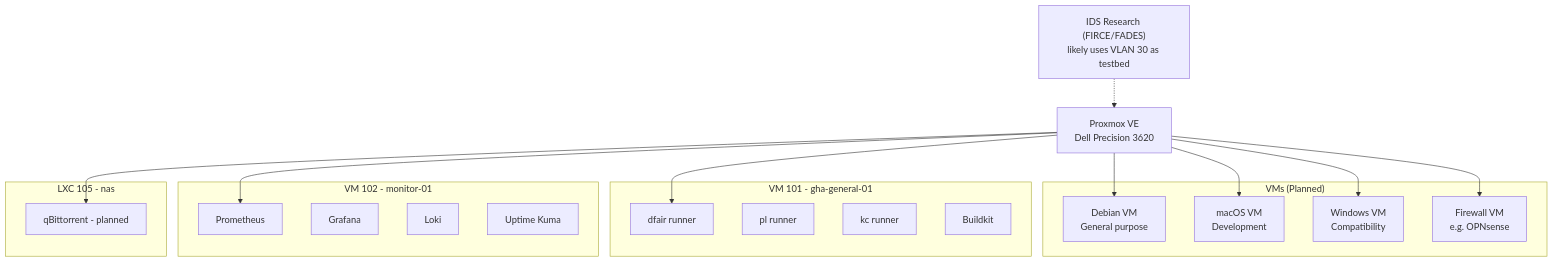
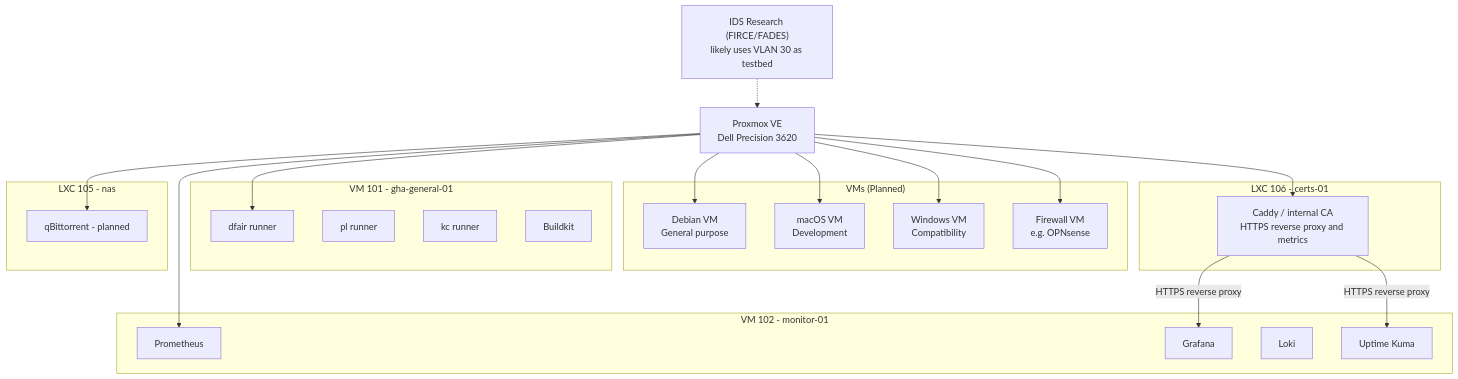
One commit to sethbarrett50/home_lab_docs changed the diagram in docs/services/README.md. Above: the diagram before and after it, drawn with Mermaid. The commit also changed other lines of this file and 33 other files, not shown here.

````diff
--- a/docs/services/README.md
+++ b/docs/services/README.md
@@ -20,40 +21,47 @@
 ```mermaid
 graph TD
     PVE[Proxmox VE\nDell Precision 3620]
 
     subgraph "VMs (Planned)"
         DEBIAN[Debian VM\nGeneral purpose]
         MACOS[macOS VM\nDevelopment]
         WIN[Windows VM\nCompatibility]
         FW[Firewall VM\ne.g. OPNsense]
     end
 
     subgraph "VM 101 - gha-general-01"
         GHA1[dfair runner]
         GHA2[pl runner]
         GHA3[kc runner]
         BK[Buildkit]
     end
 
     subgraph "VM 102 - monitor-01"
         PROM[Prometheus]
         GRAF[Grafana]
         LOKI[Loki]
         KUMA[Uptime Kuma]
     end
 
+    subgraph "LXC 106 - certs-01"
+        CADDY[Caddy / internal CA\nHTTPS reverse proxy and metrics]
+    end
+
     subgraph "LXC 105 - nas"
         QB[qBittorrent - planned]
     end
 
     PVE --> DEBIAN
     PVE --> MACOS
     PVE --> WIN
     PVE --> FW
     PVE --> GHA1
     PVE --> PROM
     PVE --> QB
+    PVE --> CADDY
+    CADDY -->|HTTPS reverse proxy| GRAF
+    CADDY -->|HTTPS reverse proxy| KUMA
 
     IDS["IDS Research (FIRCE/FADES)\nlikely uses VLAN 30 as testbed"]
     IDS -.-> PVE
 ```
````
